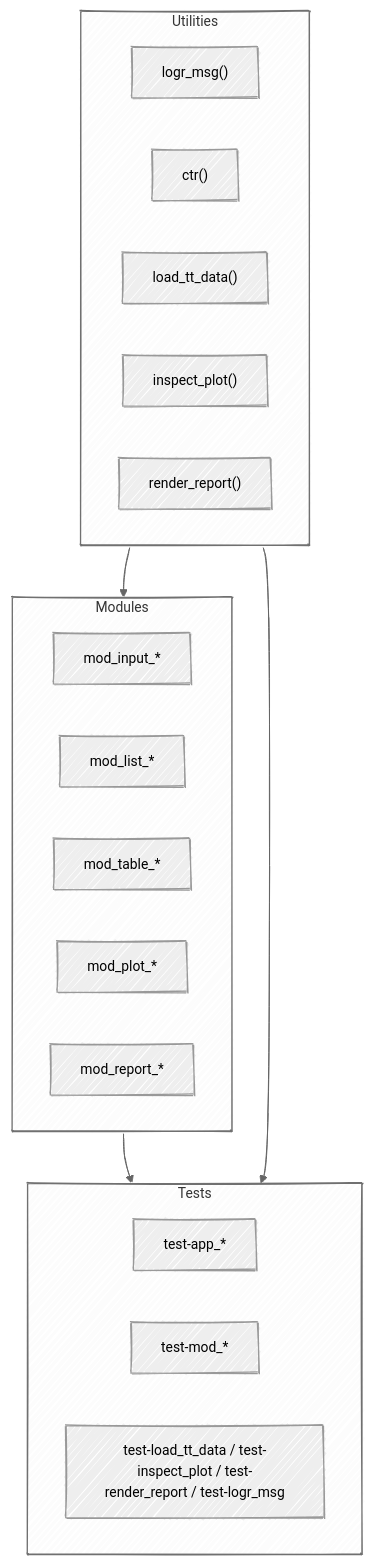
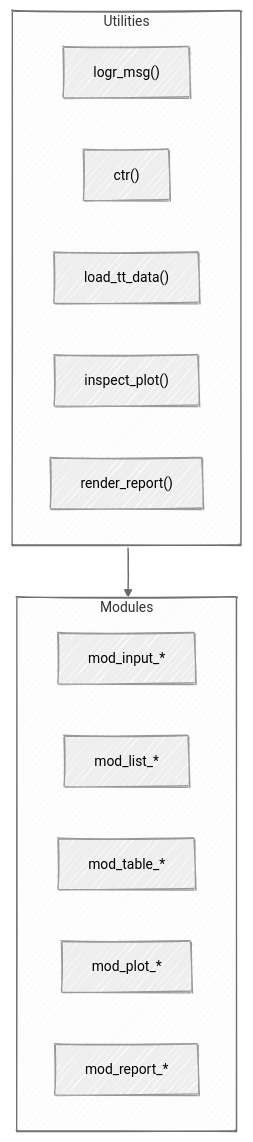
The third of 4 diagrams in README.md (mjfrigaard/ttdviewer), drawn with Mermaid before and after one commit.

Commit message:
updates to README

````diff
--- a/README.md
+++ b/README.md
@@ -78,26 +78,19 @@
 ``` mermaid
 %%{init: {'theme': 'neutral', 'look': 'handDrawn', 'themeVariables': { 'fontFamily': 'monospace', 'fontSize':'14px'}}}%%
 flowchart TB
   subgraph Utilities
     Log["logr_msg()"]
     Ctr["ctr()"]
     Load["load_tt_data()"]
     Inspect["inspect_plot()"]
     Render["render_report()"]
   end
   subgraph Modules
     ModInput["mod_input_*"]
     ModList["mod_list_*"]
     ModTable["mod_table_*"]
     ModPlot["mod_plot_*"]
     ModReport["mod_report_*"]
   end
-  subgraph Tests
-    TestApp["test-app_*"]
-    TestModules["test-mod_*"]
-    TestUtils["test-load_tt_data / test-inspect_plot / test-render_report / test-logr_msg"]
-  end
   Utilities --> Modules
-  Modules --> Tests
-  Utilities --> Tests
 ```
````
